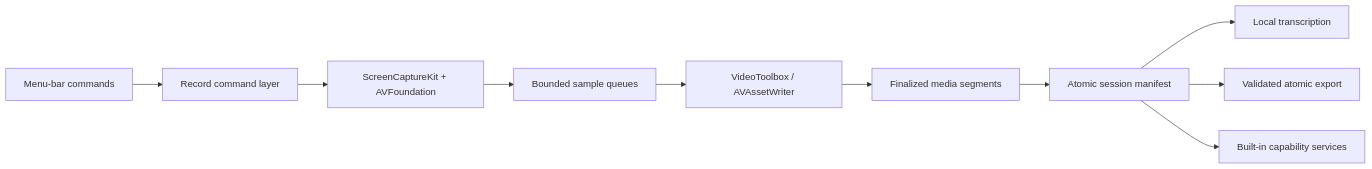
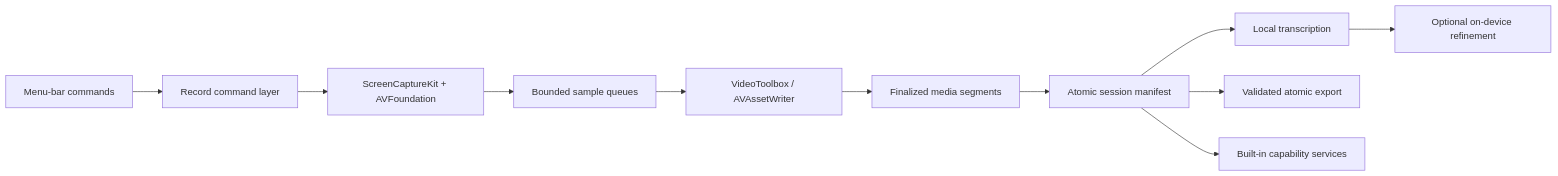
One commit to aindaco1/record changed the first of 2 diagrams in docs/architecture.md. Above: the diagram before and after it, drawn with Mermaid. The commit also changed other lines of this file and 31 other files, not shown here.

Commit message:
Add on-device transcript refinement for Record 1.2.0 (#54)

````diff
--- a/docs/architecture.md
+++ b/docs/architecture.md
@@ -10,12 +10,13 @@
 ```mermaid
 flowchart LR
     Menu["Menu-bar commands"] --> Command["Record command layer"]
     Command --> Capture["ScreenCaptureKit + AVFoundation"]
     Capture --> Buffers["Bounded sample queues"]
     Buffers --> Encode["VideoToolbox / AVAssetWriter"]
     Encode --> Segments["Finalized media segments"]
     Segments --> Session["Atomic session manifest"]
     Session --> Transcript["Local transcription"]
+    Transcript --> Refine["Optional on-device refinement"]
     Session --> Export["Validated atomic export"]
     Session --> Plugins["Built-in capability services"]
 ```
````
